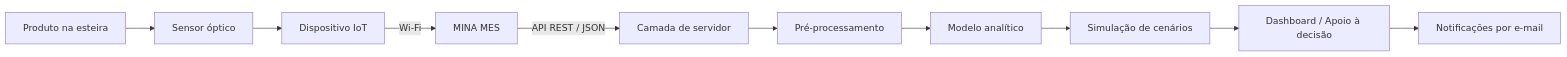
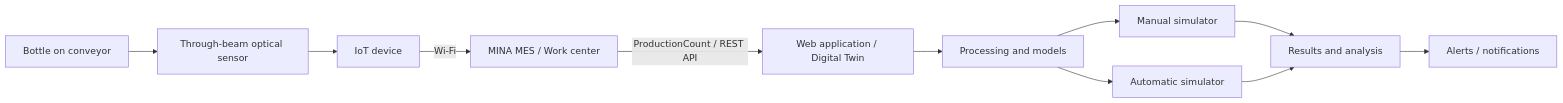
Before and after one commit to dmax2023/mina-prod-trend2: the diagram in README.md, drawn with Mermaid. The commit also changed other lines of this file, not shown here.

````diff
--- a/README.md
+++ b/README.md
@@ -16,12 +55,13 @@
 ```mermaid
 flowchart LR
-    A[Produto na esteira] --> B[Sensor óptico]
-    B --> C[Dispositivo IoT]
-    C -->|Wi-Fi| D[MINA MES]
-    D -->|API REST / JSON| E[Camada de servidor]
-    E --> F[Pré-processamento]
-    F --> G[Modelo analítico]
-    G --> H[Simulação de cenários]
-    H --> I[Dashboard / Apoio à decisão]
-    I --> J[Notificações por e-mail]
+    A[Bottle on conveyor] --> B[Through-beam optical sensor]
+    B --> C[IoT device]
+    C -->|Wi-Fi| D[MINA MES / Work center]
+    D -->|ProductionCount / REST API| E[Web application / Digital Twin]
+    E --> F[Processing and models]
+    F --> G[Manual simulator]
+    F --> H[Automatic simulator]
+    G --> I[Results and analysis]
+    H --> I
+    I --> J[Alerts / notifications]
 ```
````
